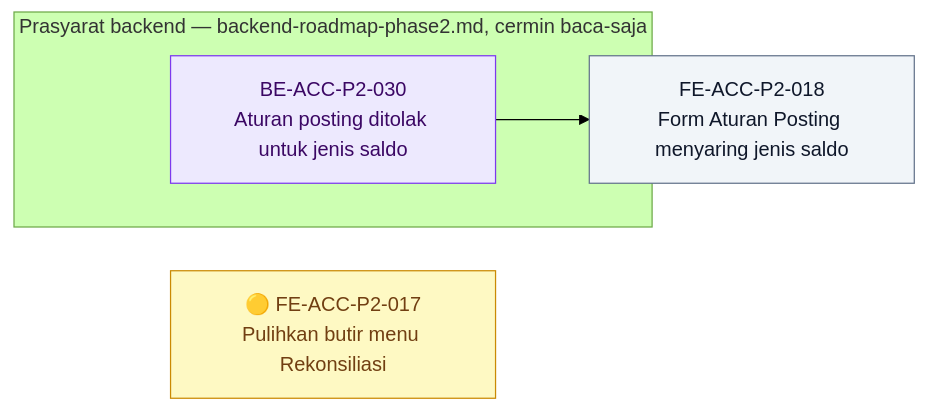
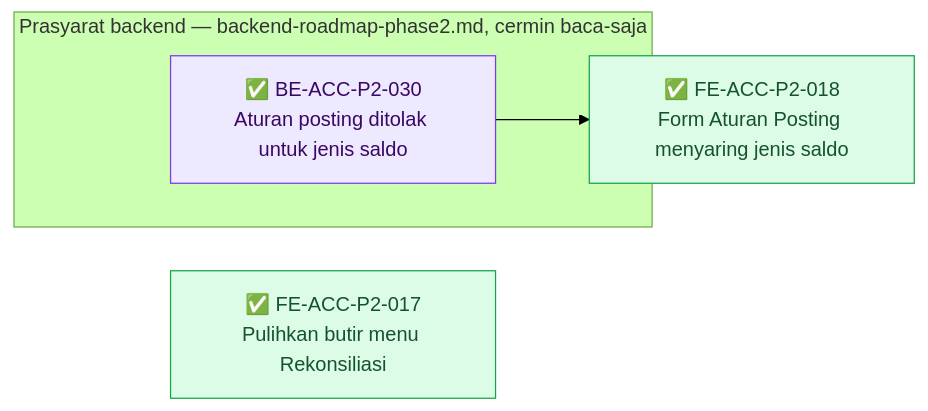
The seventh of 8 diagrams in docs/module-blueprints/accounting/roadmap/frontend-roadmap-phase2.md (DevBenari/NewQuilvianSystemBackend), drawn with Mermaid (forest theme) before and after one commit. The commit also changed other lines of this file and 34 other files, not shown here.

````diff
--- a/docs/module-blueprints/accounting/roadmap/frontend-roadmap-phase2.md
+++ b/docs/module-blueprints/accounting/roadmap/frontend-roadmap-phase2.md
@@ -667,17 +671,17 @@
 ```mermaid
 flowchart LR
     classDef selesai fill:#DCFCE7,stroke:#16A34A,color:#14532D
     classDef sebagian fill:#FEF9C3,stroke:#CA8A04,color:#713F12
     classDef terblokir fill:#FEE2E2,stroke:#DC2626,color:#7F1D1D
     classDef belum fill:#F1F5F9,stroke:#64748B,color:#0F172A
     classDef luar fill:#EDE9FE,stroke:#7C3AED,color:#3B0764
 
     subgraph backend6["Prasyarat backend — backend-roadmap-phase2.md, cermin baca-saja"]
-        BBEACCP2030["BE-ACC-P2-030<br/>Aturan posting ditolak untuk jenis saldo"]:::luar
+        BBEACCP2030["✅ BE-ACC-P2-030<br/>Aturan posting ditolak untuk jenis saldo"]:::luar
     end
 
-    FEACCP2017["🟡 FE-ACC-P2-017<br/>Pulihkan butir menu Rekonsiliasi"]:::sebagian
-    FEACCP2018["FE-ACC-P2-018<br/>Form Aturan Posting menyaring jenis saldo"]:::belum
+    FEACCP2017["✅ FE-ACC-P2-017<br/>Pulihkan butir menu Rekonsiliasi"]:::selesai
+    FEACCP2018["✅ FE-ACC-P2-018<br/>Form Aturan Posting menyaring jenis saldo"]:::selesai
 
     BBEACCP2030 --> FEACCP2018
 ```
````
